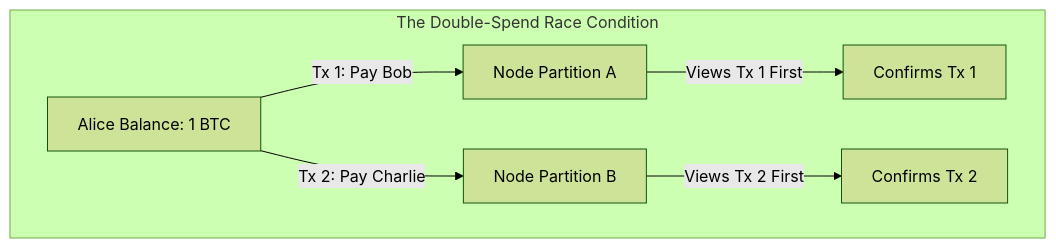
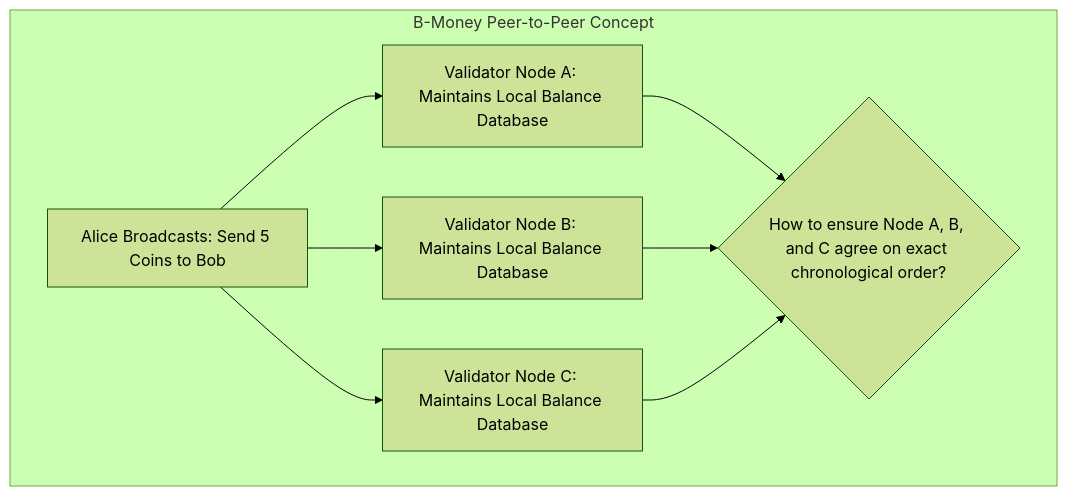
The sixth of 8 diagrams in docs/learn/fundamentals/01-distributed-trust/01-double-spending-and-digital-cash.md (ub-society/modules), drawn with Mermaid (forest theme) before and after one commit. The commit also changed other lines of this file and 3 other files, not shown here.

````diff
--- a/docs/learn/fundamentals/01-distributed-trust/01-double-spending-and-digital-cash.md
+++ b/docs/learn/fundamentals/01-distributed-trust/01-double-spending-and-digital-cash.md
@@ -128,9 +209,16 @@
 ```mermaid
 flowchart TD
-    subgraph The Double-Spend Race Condition
-        Alice[Alice Balance: 1 BTC] -->|Tx 1: Pay Bob| NodeA[Node Partition A]
-        Alice -->|Tx 2: Pay Charlie| NodeB[Node Partition B]
-        NodeA -->|Views Tx 1 First| AcceptA[Confirms Tx 1]
-        NodeB -->|Views Tx 2 First| AcceptB[Confirms Tx 2]
+    subgraph B-Money Peer-to-Peer Concept
+        NodeA[Validator Node A: Maintains Local Balance Database]
+        NodeB[Validator Node B: Maintains Local Balance Database]
+        NodeC[Validator Node C: Maintains Local Balance Database]
+
+        Tx[Alice Broadcasts: Send 5 Coins to Bob] --> NodeA
+        Tx --> NodeB
+        Tx --> NodeC
+
+        NodeA --> Sync{How to ensure Node A, B, and C agree on exact chronological order?}
+        NodeB --> Sync
+        NodeC --> Sync
     end
 ```
````
